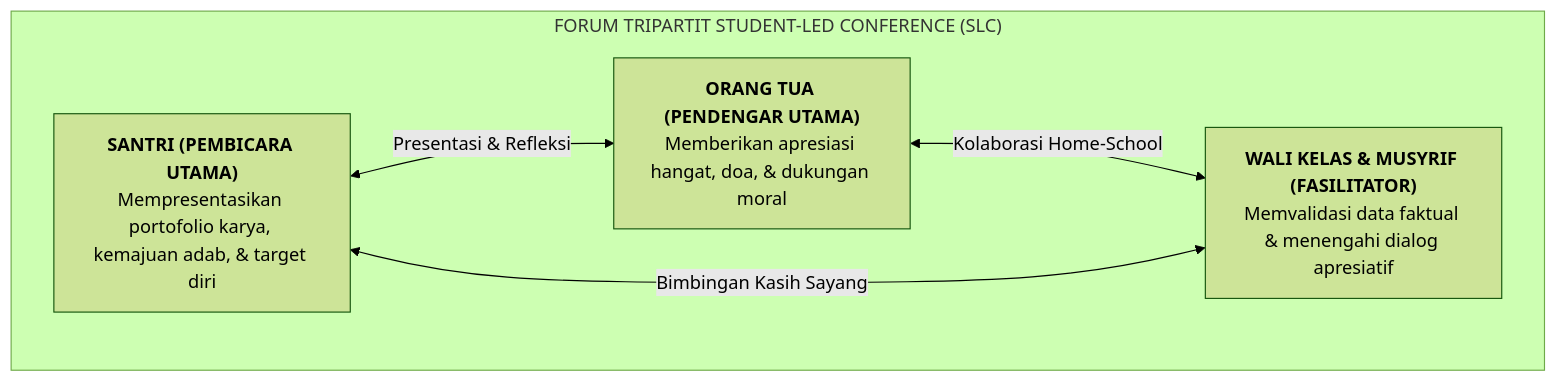
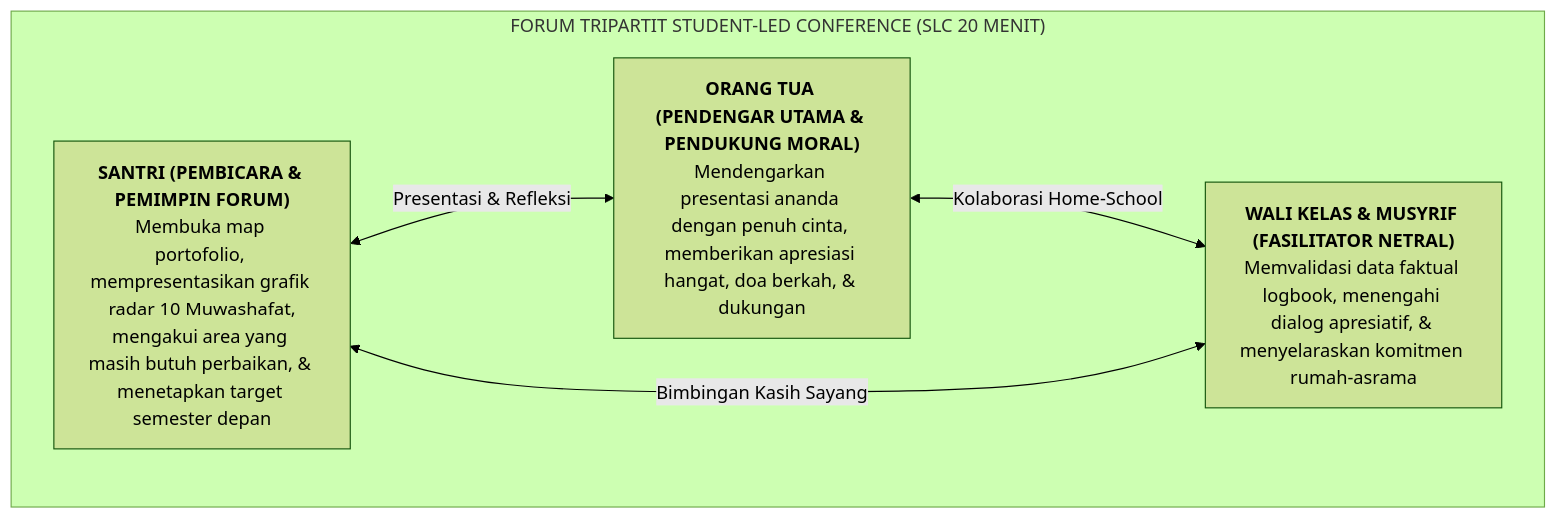
The diagram in BOOK Series 2/Volume-03-Sistem-Asesmen-Perkembangan-Karakter/Bab-04-Student-Led-Conference-dan-Rapor-Naratif/01-Student-Led-Conference-SLC-Tripartit.md (wandiapriliyandi/tumbuh), drawn with Mermaid (forest theme) before and after one commit. The commit also changed other lines of this file and 61 other files, not shown here.

````diff
--- a/BOOK Series 2/Volume-03-Sistem-Asesmen-Perkembangan-Karakter/Bab-04-Student-Led-Conference-dan-Rapor-Naratif/01-Student-Led-Conference-SLC-Tripartit.md
+++ b/BOOK Series 2/Volume-03-Sistem-Asesmen-Perkembangan-Karakter/Bab-04-Student-Led-Conference-dan-Rapor-Naratif/01-Student-Led-Conference-SLC-Tripartit.md
@@ -11,14 +13,14 @@
 ```mermaid
 flowchart TD
-    subgraph ForumSLC["FORUM TRIPARTIT STUDENT-LED CONFERENCE (SLC)"]
-        SantriPresenter["<b>SANTRI (PEMBICARA UTAMA)</b><br/>Mempresentasikan portofolio karya, kemajuan adab, & target diri"]
+    subgraph ForumSLC["FORUM TRIPARTIT STUDENT-LED CONFERENCE (SLC 20 MENIT)"]
+        SantriPresenter["<b>SANTRI (PEMBICARA & PEMIMPIN FORUM)</b><br/>Membuka map portofolio, mempresentasikan grafik radar 10 Muwashafat,<br/>mengakui area yang masih butuh perbaikan, & menetapkan target semester depan"]
         
-        Ortu["<b>ORANG TUA (PENDENGAR UTAMA)</b><br/>Memberikan apresiasi hangat, doa, & dukungan moral"]
+        Ortu["<b>ORANG TUA (PENDENGAR UTAMA & PENDUKUNG MORAL)</b><br/>Mendengarkan presentasi ananda dengan penuh cinta, memberikan apresiasi hangat, doa berkah, & dukungan"]
         
-        Guru["<b>WALI KELAS & MUSYRIF (FASILITATOR)</b><br/>Memvalidasi data faktual & menengahi dialog apresiatif"]
+        Guru["<b>WALI KELAS & MUSYRIF (FASILITATOR NETRAL)</b><br/>Memvalidasi data faktual logbook, menengahi dialog apresiatif, & menyelaraskan komitmen rumah-asrama"]
 
         SantriPresenter <-->|Presentasi & Refleksi| Ortu
         Ortu <-->|Kolaborasi Home-School| Guru
         Guru <-->|Bimbingan Kasih Sayang| SantriPresenter
     end
 ```
````
